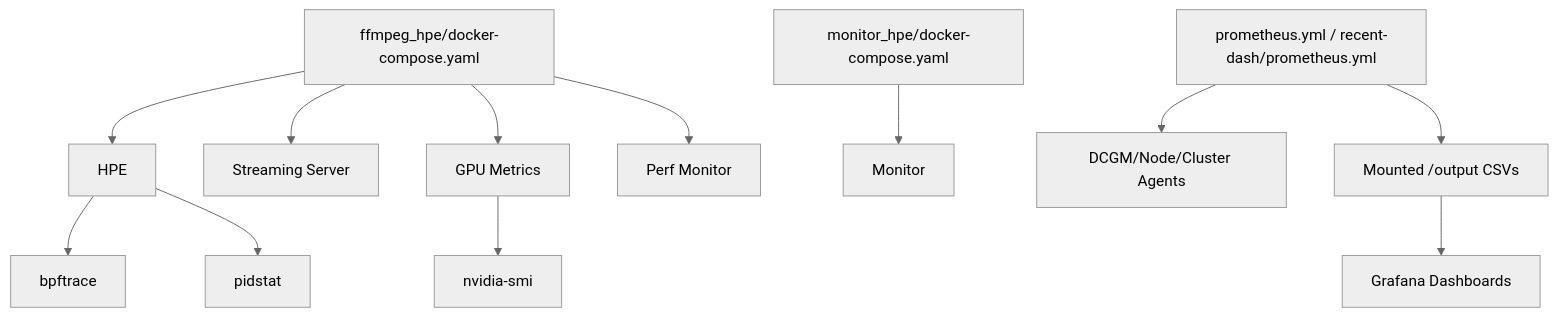
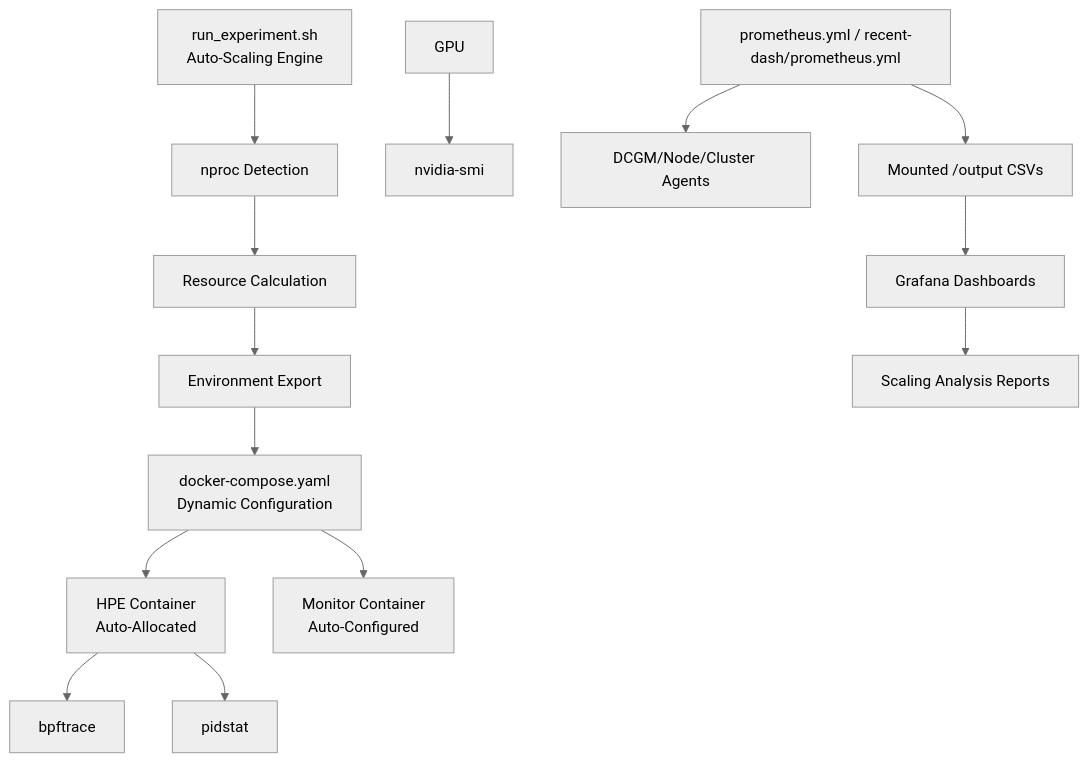
The tenth of 10 diagrams in .qoder/repowiki/en/content/Monitoring and Analytics/Performance Monitoring.md (Fogus-Gr/MeasurementsDTs), drawn with Mermaid (neutral theme) before and after one commit. The commit also changed other lines of this file and 14 other files, not shown here.

First line of the commit message:
refactor(container): remove CPU optimization scripts and enhance resource allocation

````diff
--- a/.qoder/repowiki/en/content/Monitoring and Analytics/Performance Monitoring.md
+++ b/.qoder/repowiki/en/content/Monitoring and Analytics/Performance Monitoring.md
@@ -284,14 +451,16 @@
 ```mermaid
 graph TB
-DC["ffmpeg_hpe/docker-compose.yaml"] --> HPE["HPE"]
-DC --> STR["Streaming Server"]
-DC --> GPU["GPU Metrics"]
-DC --> PM["Perf Monitor"]
-MH["monitor_hpe/docker-compose.yaml"] --> MON["Monitor"]
+Scale["run_experiment.sh<br/>Auto-Scaling Engine"] --> Detect["nproc Detection"]
+Detect --> Calc["Resource Calculation"]
+Calc --> Export["Environment Export"]
+Export --> DC["docker-compose.yaml<br/>Dynamic Configuration"]
+DC --> HPE["HPE Container<br/>Auto-Allocated"]
+DC --> MON["Monitor Container<br/>Auto-Configured"]
 HPE --> BPF["bpftrace"]
 HPE --> PID["pidstat"]
 GPU --> NSMI["nvidia-smi"]
 PROM["prometheus.yml / recent-dash/prometheus.yml"] --> EXP["DCGM/Node/Cluster Agents"]
 PROM --> OUT["Mounted /output CSVs"]
 OUT --> GRAF["Grafana Dashboards"]
+GRAF --> SCALE["Scaling Analysis Reports"]
 ```
````
